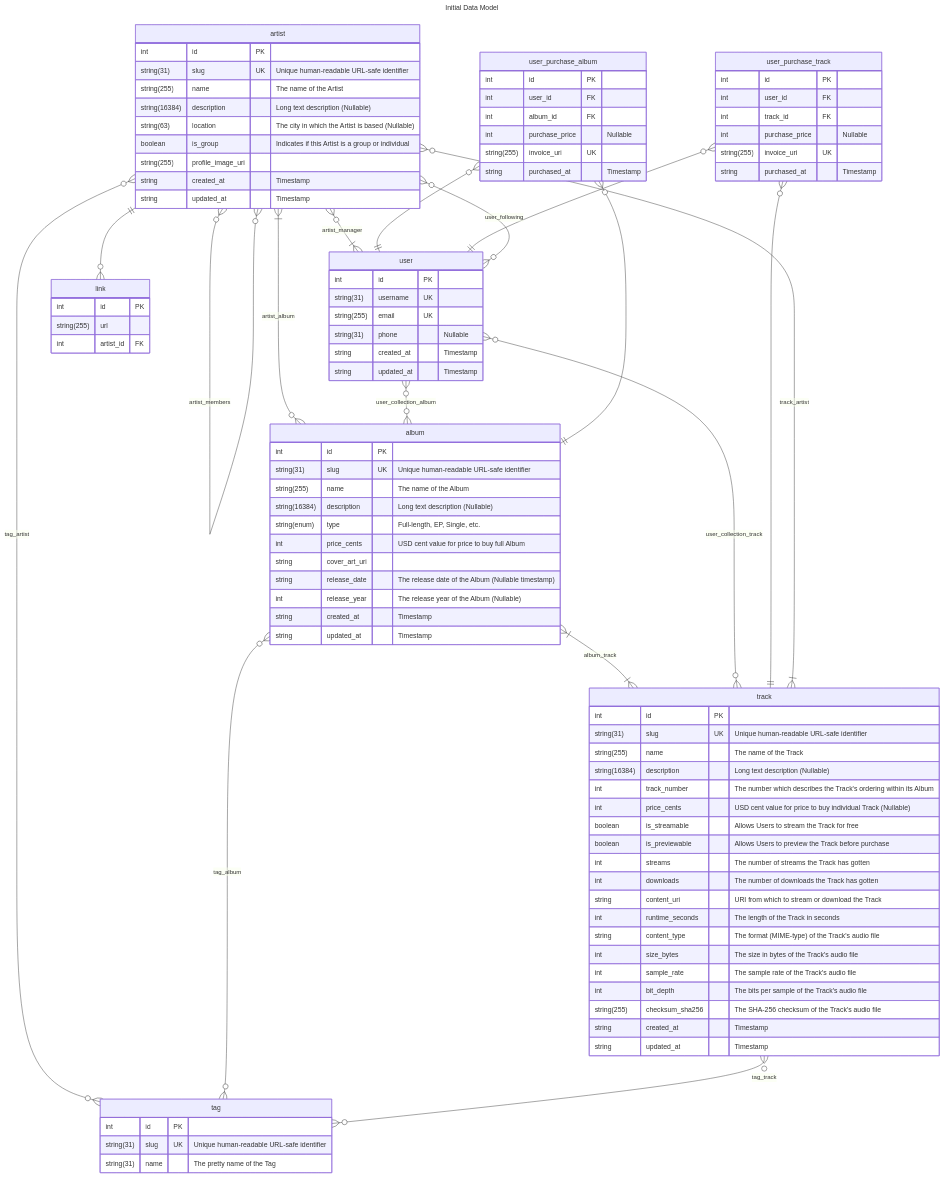
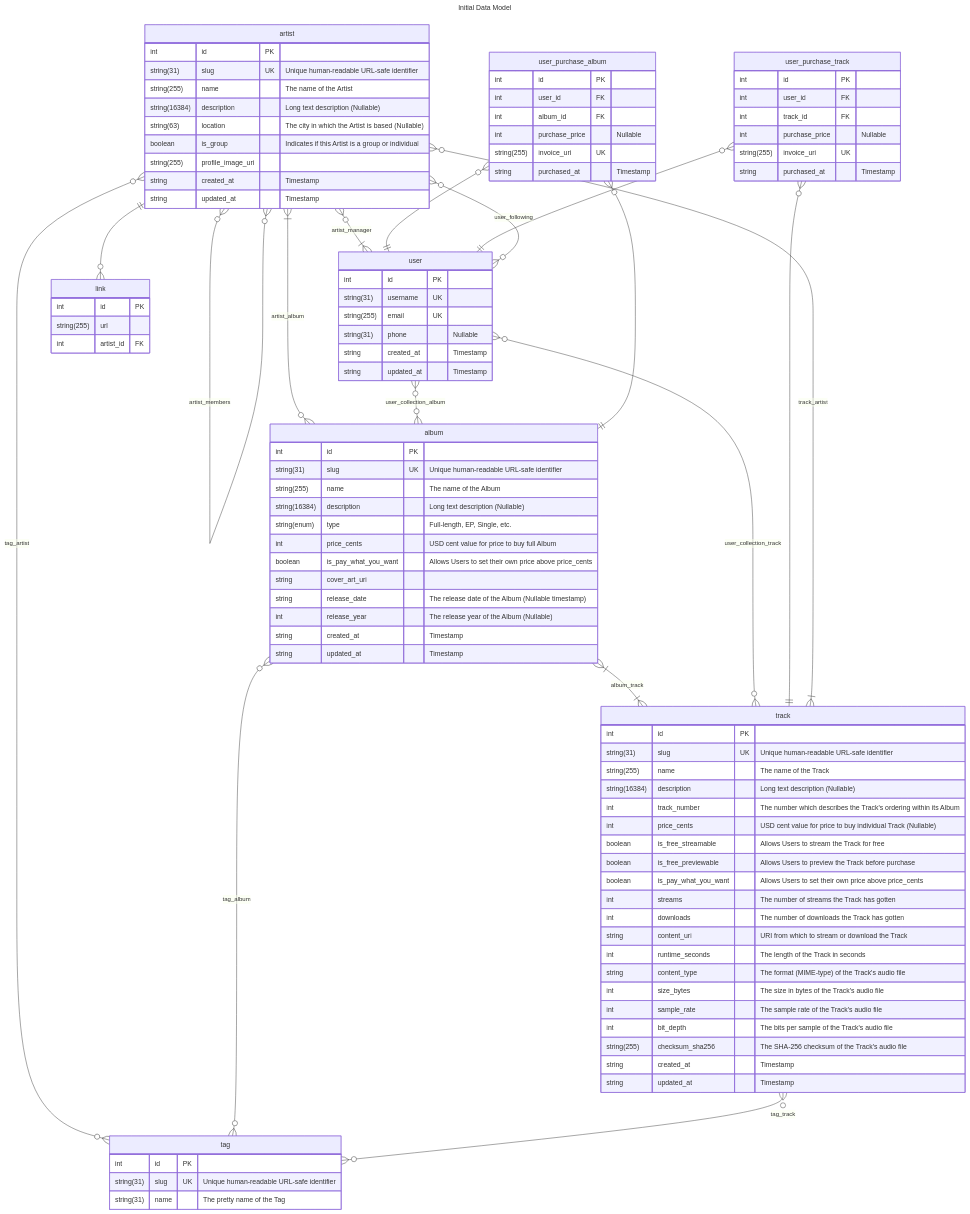
The first of 2 diagrams in docs/Design/Alpha/Data Model.md (zoo-software/music-platform), drawn with Mermaid before and after one commit.

Commit message:
Add "Pay What You Want" flags to **Album**s and **Track**s

```diff
--- a/docs/Design/Alpha/Data Model.md
+++ b/docs/Design/Alpha/Data Model.md
@@ -69,6 +69,7 @@
         string(16384) description "Long text description (Nullable)"
         string(enum) type "Full-length, EP, Single, etc."
         int price_cents "USD cent value for price to buy full Album"
+        boolean is_pay_what_you_want "Allows Users to set their own price above price_cents"
         string cover_art_uri 
         string release_date "The release date of the Album (Nullable timestamp)"
         int release_year "The release year of the Album (Nullable)"
@@ -82,8 +83,9 @@
         string(16384) description "Long text description (Nullable)"
         int track_number "The number which describes the Track's ordering within its Album"
         int price_cents "USD cent value for price to buy individual Track (Nullable)"
-        boolean is_streamable "Allows Users to stream the Track for free"
-        boolean is_previewable "Allows Users to preview the Track before purchase"
+        boolean is_free_streamable "Allows Users to stream the Track for free"
+        boolean is_free_previewable "Allows Users to preview the Track before purchase"
+        boolean is_pay_what_you_want "Allows Users to set their own price above price_cents"
         int streams "The number of streams the Track has gotten"
         int downloads "The number of downloads the Track has gotten"
         string content_uri "URI from which to stream or download the Track"
```
